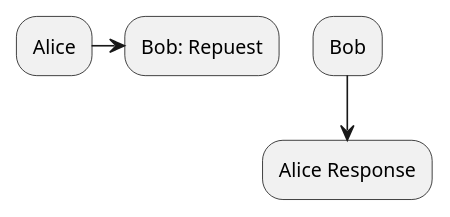
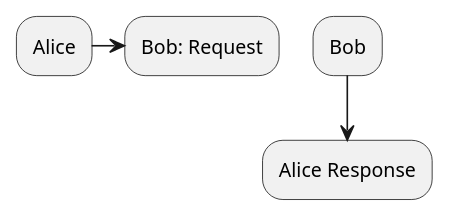
One commit to Aso2001162/2021sys-design changed the diagram in test.md. Above: the diagram before and after it, drawn with PlantUML.

```diff
--- a/test.md
+++ b/test.md
@@ -2,4 +2,4 @@
 @startuml
-Alice -> Bob: Repuest
+Alice -> Bob: Request
 Bob --> Alice Response
 @enduml
```
